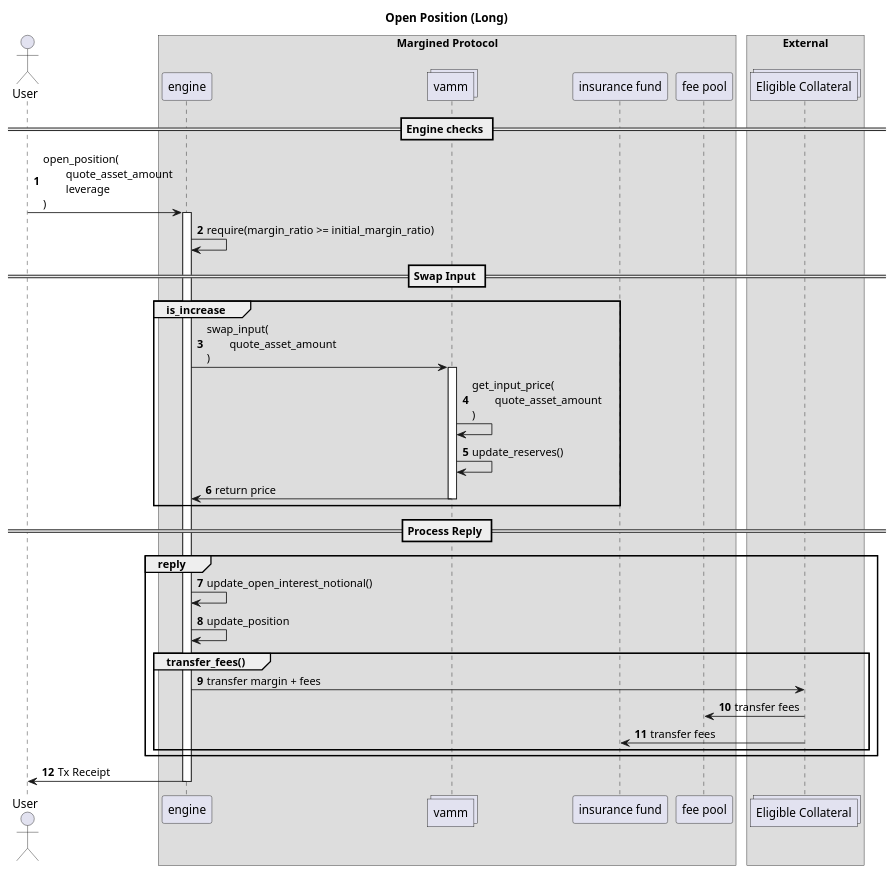
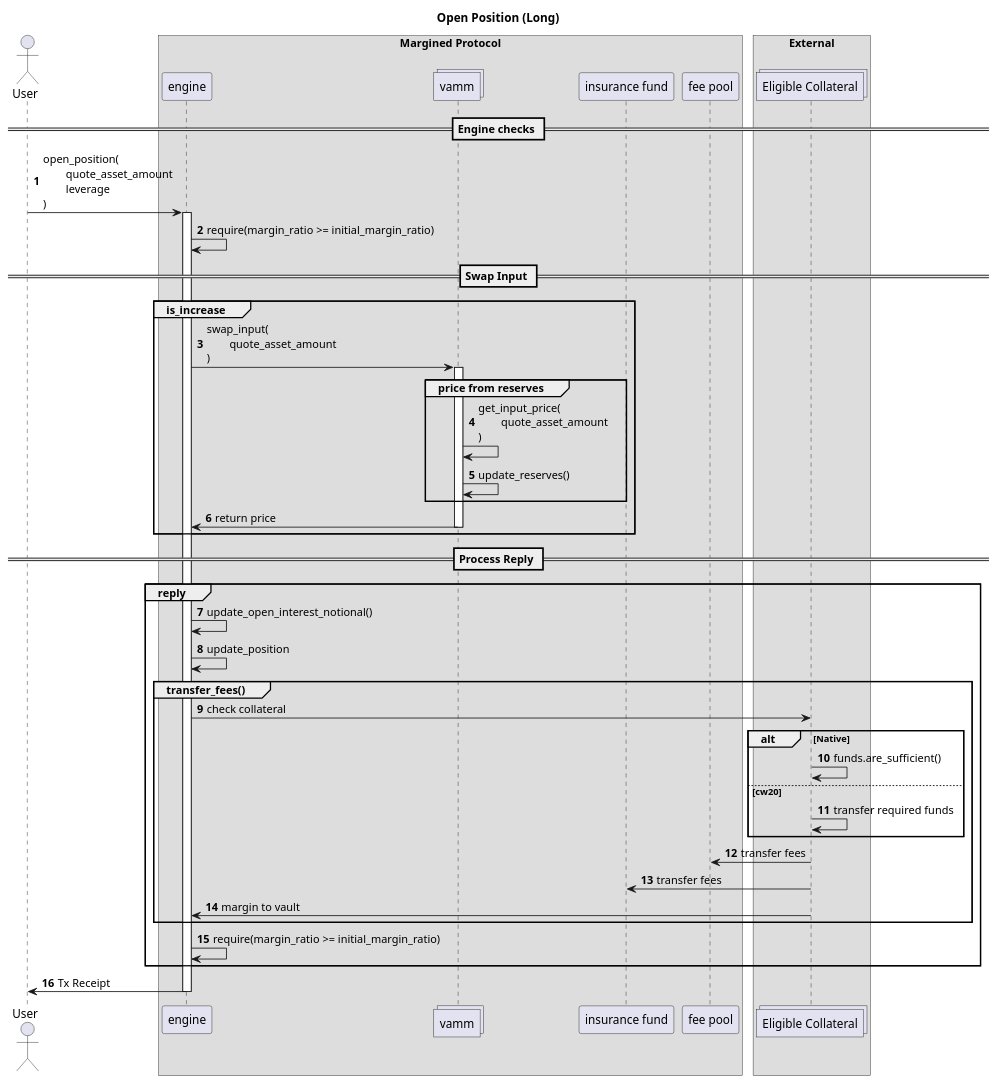
Before and after one commit to margined-protocol/docs: the diagram in architecture/images/open-pos.puml, drawn with PlantUML.

Commit message:
latest diagram

```diff
--- a/architecture/images/open-pos.puml
+++ b/architecture/images/open-pos.puml
@@ -1,55 +1,66 @@
 @startuml
 autonumber
 actor User    
 
 box "Margined Protocol" 
     participant engine    
     collections vamm     
     participant "insurance fund" as insurance    
     participant "fee pool" as pool    
 end box
 
 box "External"
-    collections "Eligible Collateral" as cw20
+    collections "Eligible Collateral" as token
 end box
 
 
 title Open Position (Long)
 
 == Engine checks ==
 
 User -> engine : open_position(\n\tquote_asset_amount\n\tleverage\n)
 activate engine
 
 engine -> engine : require(margin_ratio >= initial_margin_ratio)
 
 == Swap Input ==
 
 Group is_increase
     engine -> vamm : swap_input(\n\tquote_asset_amount\n)
     activate vamm
 
-    vamm -> vamm: get_input_price(\n\tquote_asset_amount\n)
-    vamm -> vamm: update_reserves()
-
+    Group price from reserves
+        vamm -> vamm: get_input_price(\n\tquote_asset_amount\n)
+        vamm -> vamm: update_reserves()
+    end
+    
     vamm -> engine: return price
     deactivate vamm
 end
 
 == Process Reply ==
 Group reply
 
     engine -> engine: update_open_interest_notional()
     engine -> engine: update_position
 
     Group transfer_fees()
-        engine -> cw20 : transfer margin + fees
-        cw20 -> pool : transfer fees
-        cw20 -> insurance : transfer fees
+        engine -> token : check collateral
+        alt Native
+            token -> token : funds.are_sufficient()
+        else cw20
+            token -> token : transfer required funds
+        end
+        token -> pool : transfer fees
+        token -> insurance : transfer fees
+        token -> engine : margin to vault
     end 
+
+    engine -> engine: require(margin_ratio >= initial_margin_ratio)
+
 end
 
 engine -> User : Tx Receipt
 deactivate engine
 
 @enduml
```
